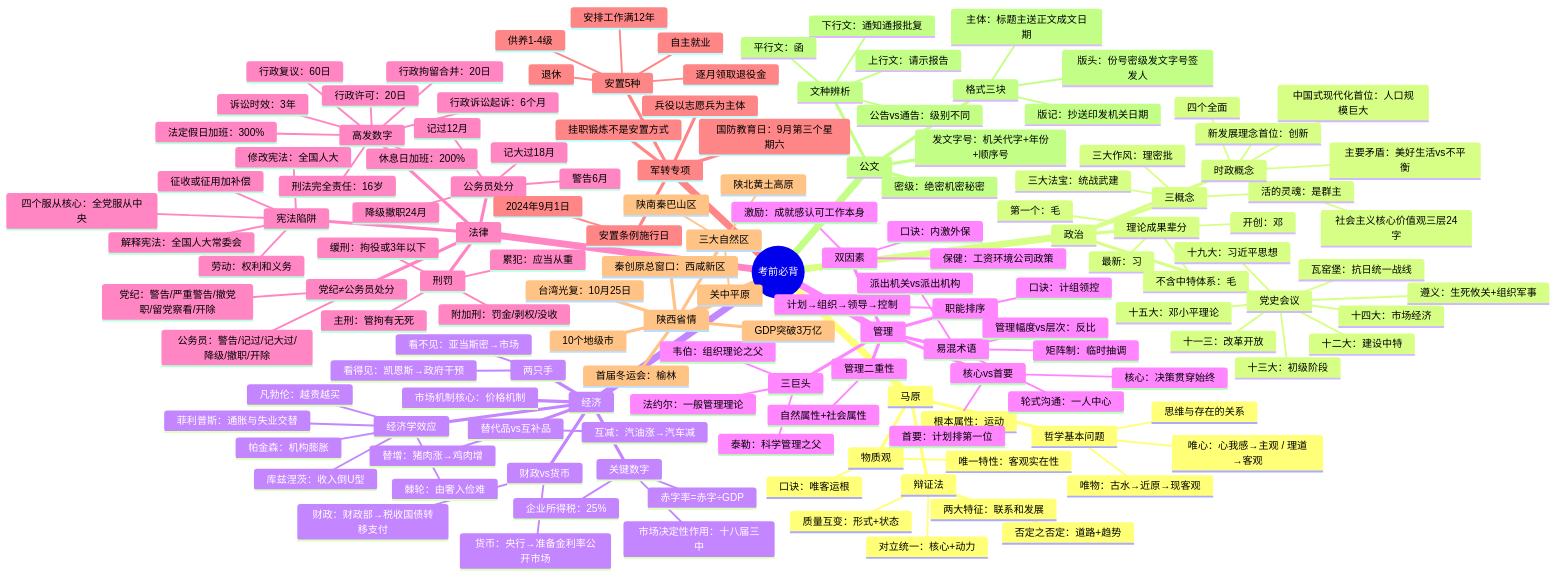
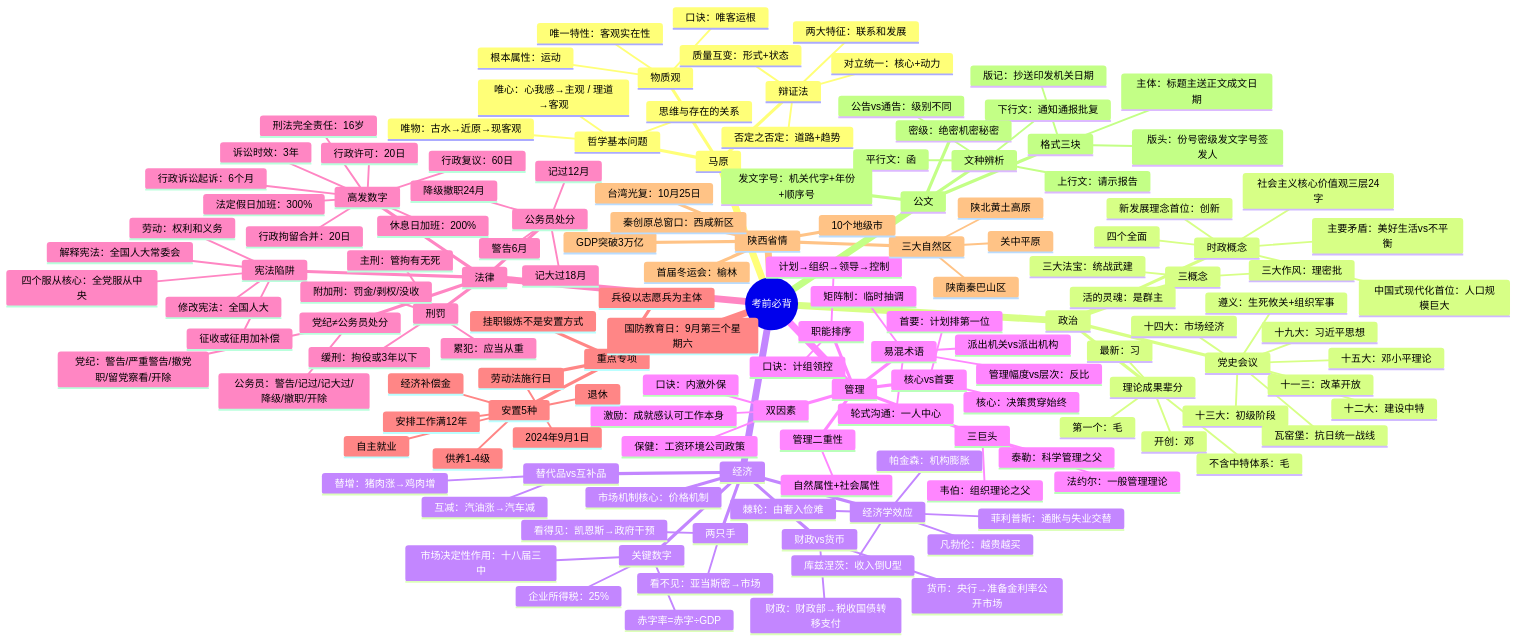
One commit to kangers/gongji-obsidian-claude changed the first of 6 diagrams in 错题集/考前必背-思维导图.md. Above: the diagram before and after it, drawn with Mermaid. The commit also changed 57 other files, not shown here.

```diff
--- a/错题集/考前必背-思维导图.md
+++ b/错题集/考前必背-思维导图.md
@@ -120,14 +120,14 @@
         附加刑：罚金/剥权/没收
         缓刑：拘役或3年以下
         累犯：应当从重
-    军转专项
+    重点专项
       安置5种
-        逐月领取退役金
+        经济补偿金
         自主就业
         安排工作满12年
         退休
         供养1-4级
-      安置条例施行日
+      劳动法施行日
         2024年9月1日
       挂职锻炼不是安置方式
       兵役以志愿兵为主体
```
